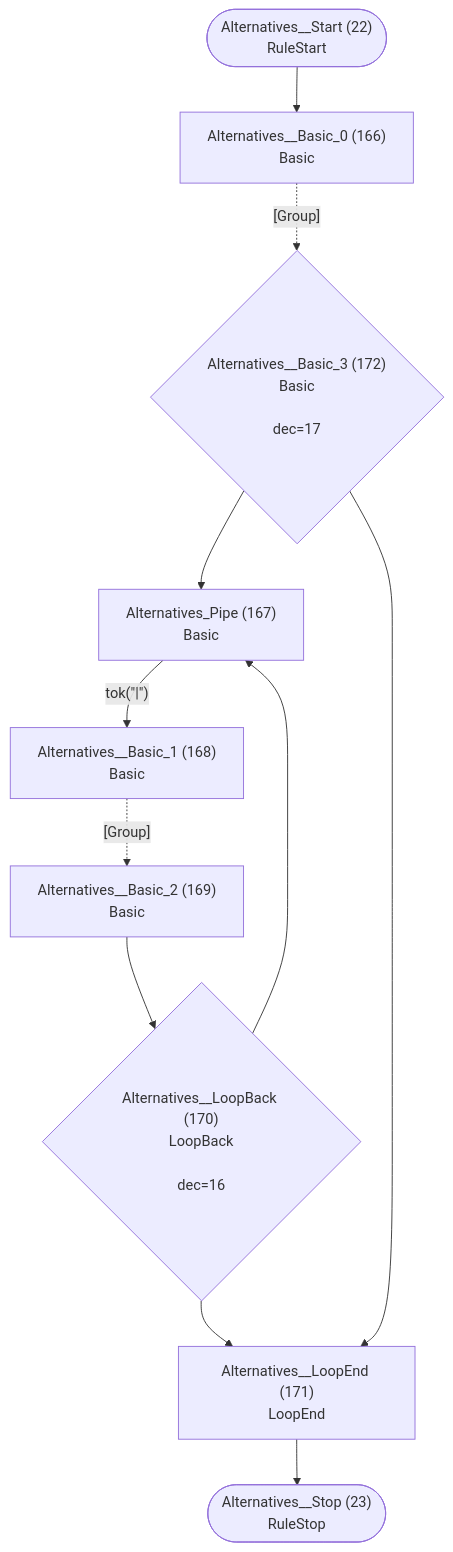
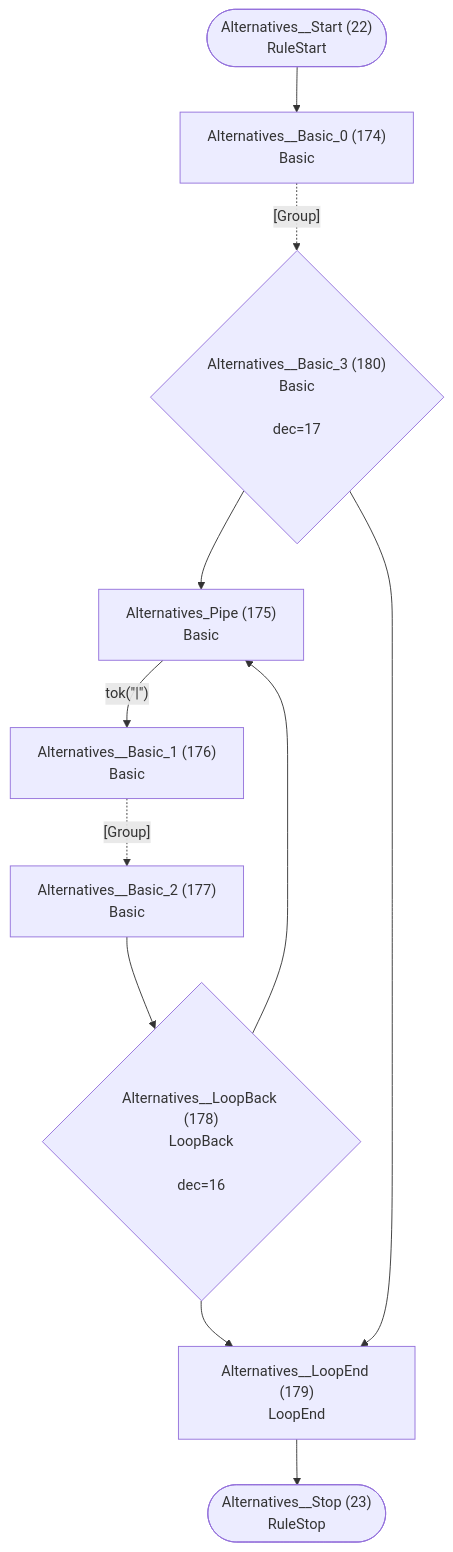
Diagram 12 of 29 in internal/grammar/atn.md (TypeFox/fastbelt), drawn with Mermaid before and after one commit. The commit also changed other lines of this file and 41 other files, not shown here.

````diff
--- a/internal/grammar/atn.md
+++ b/internal/grammar/atn.md
@@ -366,23 +371,23 @@
 ```mermaid
 flowchart TD
     q22(["Alternatives__Start (22)<br/>RuleStart"])
     q23(["Alternatives__Stop (23)<br/>RuleStop"])
-    q166["Alternatives__Basic_0 (166)<br/>Basic<br/>"]
-    q167["Alternatives_Pipe (167)<br/>Basic<br/>"]
-    q168["Alternatives__Basic_1 (168)<br/>Basic<br/>"]
-    q169["Alternatives__Basic_2 (169)<br/>Basic<br/>"]
-    q170{"Alternatives__LoopBack (170)<br/>LoopBack<br/><br/>dec=16"}
-    q171["Alternatives__LoopEnd (171)<br/>LoopEnd<br/>"]
-    q172{"Alternatives__Basic_3 (172)<br/>Basic<br/><br/>dec=17"}
+    q174["Alternatives__Basic_0 (174)<br/>Basic<br/>"]
+    q175["Alternatives_Pipe (175)<br/>Basic<br/>"]
+    q176["Alternatives__Basic_1 (176)<br/>Basic<br/>"]
+    q177["Alternatives__Basic_2 (177)<br/>Basic<br/>"]
+    q178{"Alternatives__LoopBack (178)<br/>LoopBack<br/><br/>dec=16"}
+    q179["Alternatives__LoopEnd (179)<br/>LoopEnd<br/>"]
+    q180{"Alternatives__Basic_3 (180)<br/>Basic<br/><br/>dec=17"}
 
-    q22 --> q166
-    q166 -.->|"[Group]"| q172
-    q167 -->|"tok(&quot;|&quot;)"| q168
-    q168 -.->|"[Group]"| q169
-    q169 --> q170
-    q170 --> q167
-    q170 --> q171
-    q171 --> q23
-    q172 --> q167
-    q172 --> q171
+    q22 --> q174
+    q174 -.->|"[Group]"| q180
+    q175 -->|"tok(&quot;|&quot;)"| q176
+    q176 -.->|"[Group]"| q177
+    q177 --> q178
+    q178 --> q175
+    q178 --> q179
+    q179 --> q23
+    q180 --> q175
+    q180 --> q179
 ```
````
